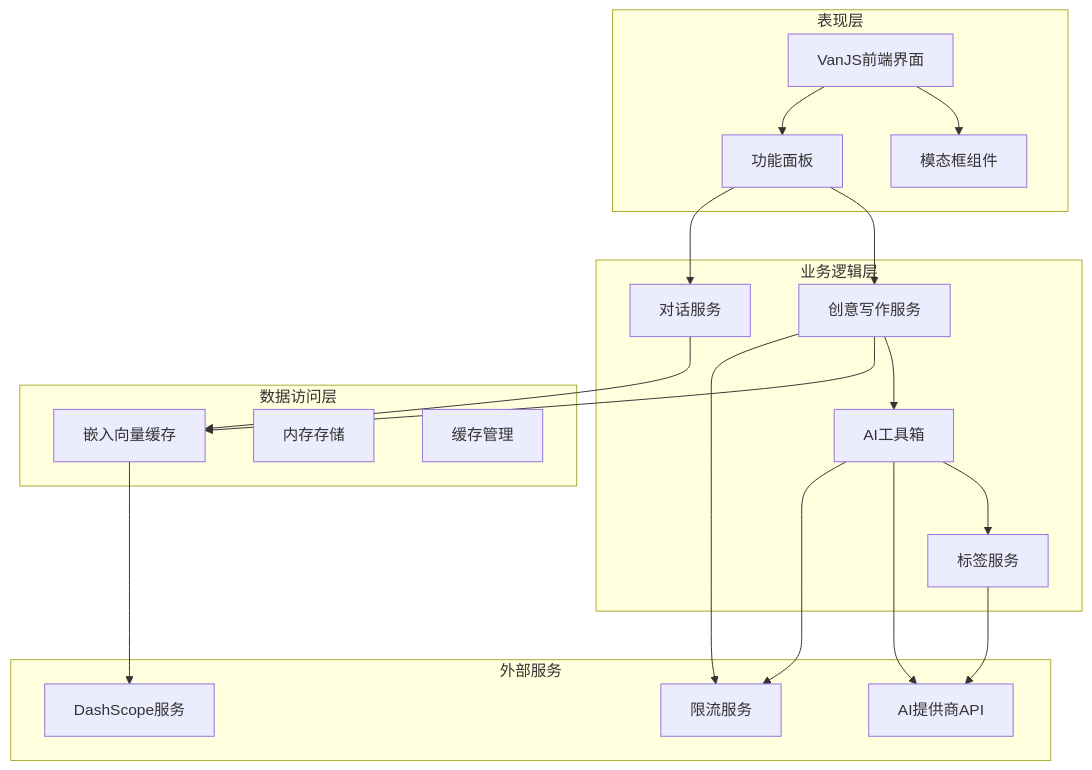
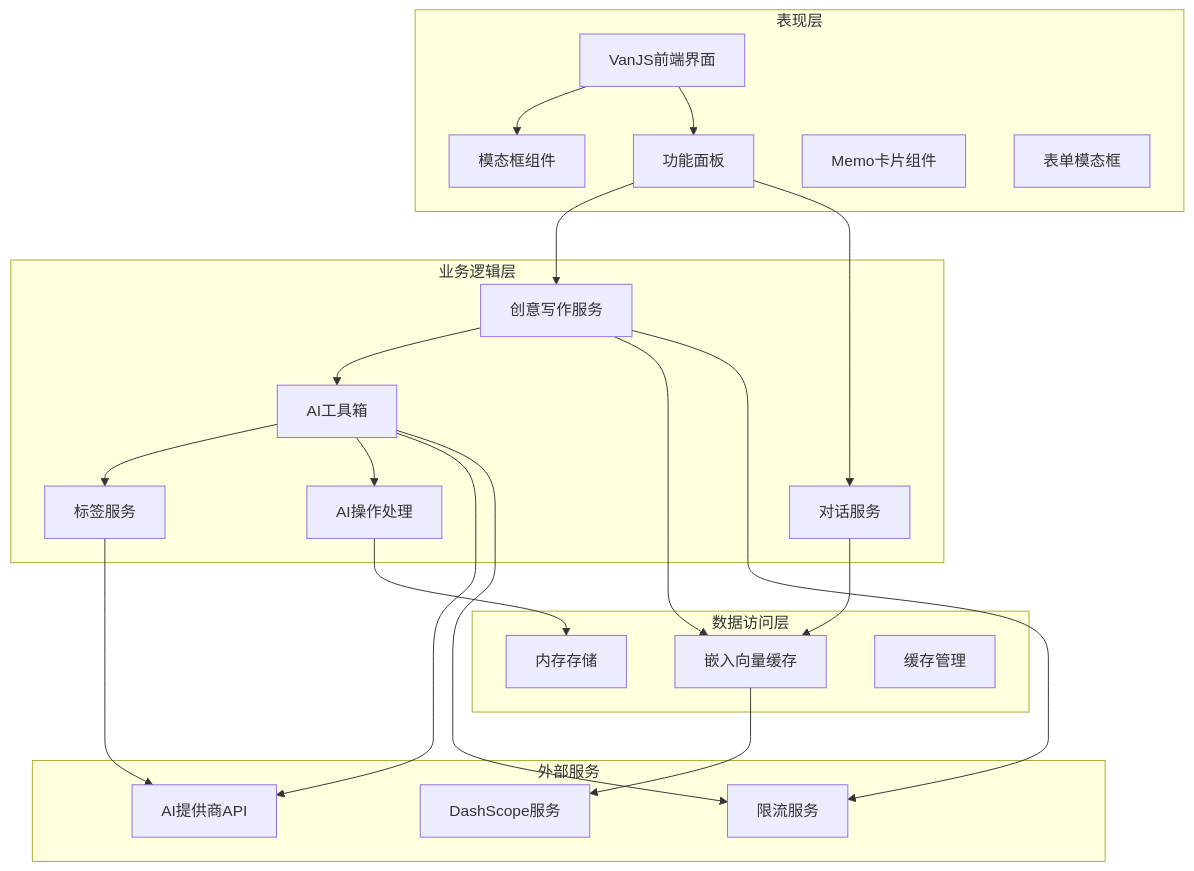
Before and after one commit to BlackBoxRecorder/memos: the second of 9 diagrams in .qoder/repowiki/zh/content/核心功能/AI写作工具箱设计规格.md, drawn with Mermaid. The commit also changed other lines of this file and 12 other files, not shown here.

````diff
--- a/.qoder/repowiki/zh/content/核心功能/AI写作工具箱设计规格.md
+++ b/.qoder/repowiki/zh/content/核心功能/AI写作工具箱设计规格.md
@@ -128,37 +154,42 @@
 ```mermaid
 graph TB
 subgraph "表现层"
 UI[VanJS前端界面]
 Modals[模态框组件]
 Panels[功能面板]
+MemoCard[Memo卡片组件]
+FormModal[表单模态框]
 end
 subgraph "业务逻辑层"
 Creative[创意写作服务]
 Chat[对话服务]
 Tools[AI工具箱]
 Tags[标签服务]
+Actions[AI操作处理]
 end
 subgraph "数据访问层"
 Embeddings[嵌入向量缓存]
 Memory[内存存储]
 Cache[缓存管理]
 end
 subgraph "外部服务"
 Providers[AI提供商API]
 DashScope[DashScope服务]
 RateLimit[限流服务]
 end
 UI --> Modals
 UI --> Panels
 Panels --> Creative
 Panels --> Chat
 Creative --> Tools
 Tools --> Tags
+Tools --> Actions
 Creative --> Embeddings
 Chat --> Embeddings
 Tools --> Providers
 Tags --> Providers
 Embeddings --> DashScope
 Creative --> RateLimit
 Tools --> RateLimit
+Actions --> Memory
 ```
````
